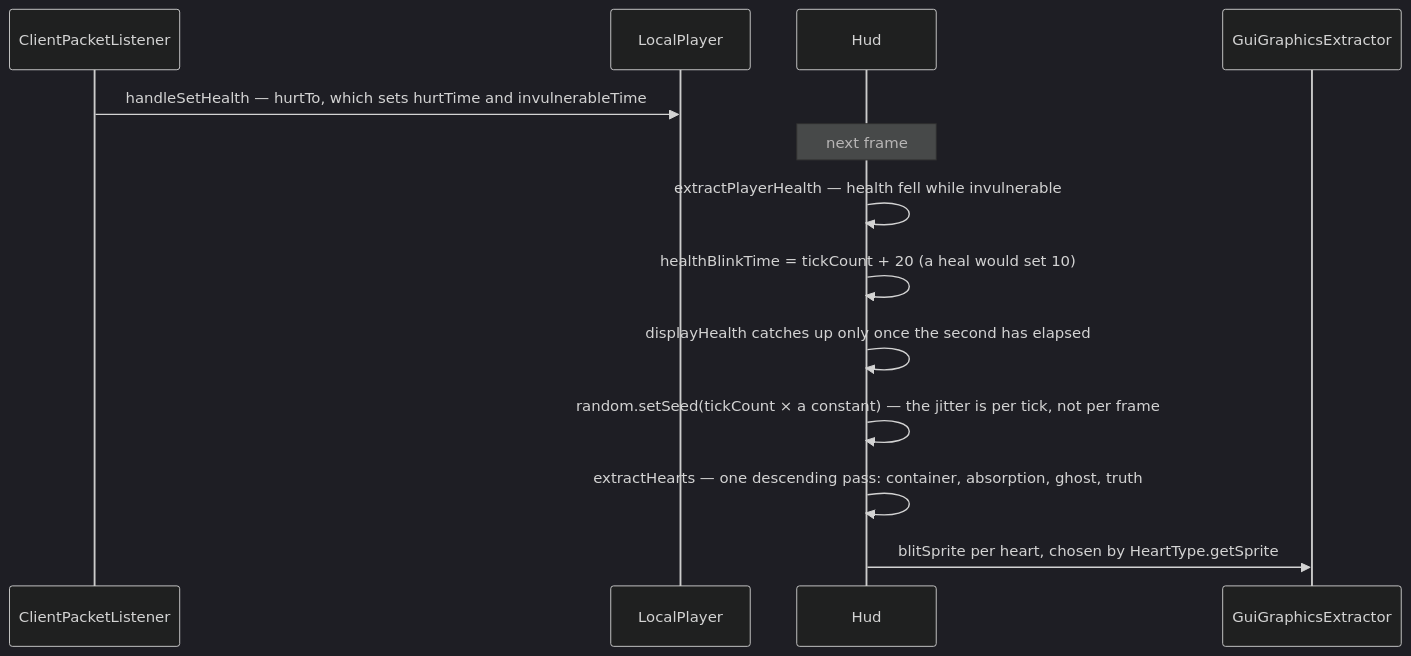
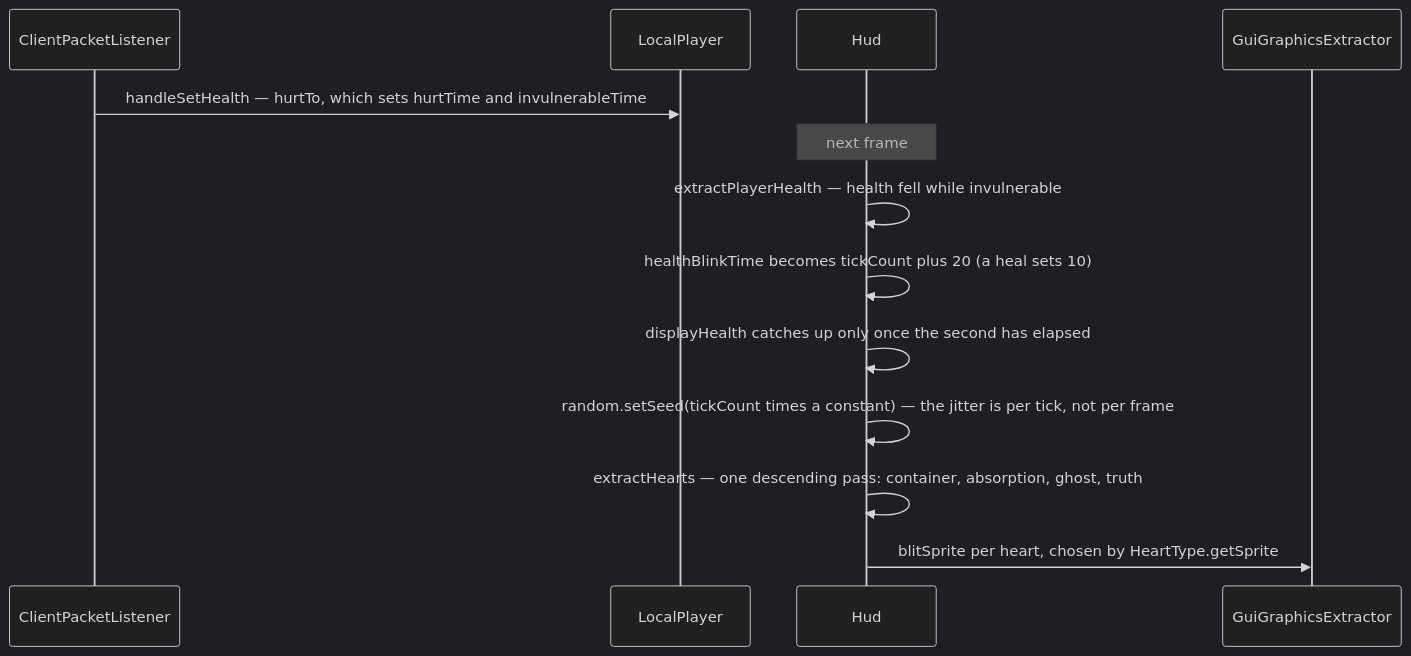
One commit to AlexanderjFraser/MinecraftDocs changed the second of 2 diagrams in src/systems/client/hud.md. Above: the diagram before and after it, drawn with Mermaid (dark theme). The commit also changed other lines of this file and 27 other files, not shown here.

````diff
--- a/src/systems/client/hud.md
+++ b/src/systems/client/hud.md
@@ -86,16 +94,16 @@
 ```mermaid
 sequenceDiagram
     participant CPL as ClientPacketListener
     participant LP as LocalPlayer
-    participant H as Hud
+    participant Hud as Hud
     participant GGE as GuiGraphicsExtractor
 
     CPL->>LP: handleSetHealth — hurtTo, which sets hurtTime and invulnerableTime
-    Note over H: next frame
-    H->>H: extractPlayerHealth — health fell while invulnerable
-    H->>H: healthBlinkTime = tickCount + 20 (a heal would set 10)
-    H->>H: displayHealth catches up only once the second has elapsed
-    H->>H: random.setSeed(tickCount × a constant) — the jitter is per tick, not per frame
-    H->>H: extractHearts — one descending pass: container, absorption, ghost, truth
-    H->>GGE: blitSprite per heart, chosen by HeartType.getSprite
+    Note over Hud: next frame
+    Hud->>Hud: extractPlayerHealth — health fell while invulnerable
+    Hud->>Hud: healthBlinkTime becomes tickCount plus 20 (a heal sets 10)
+    Hud->>Hud: displayHealth catches up only once the second has elapsed
+    Hud->>Hud: random.setSeed(tickCount times a constant) — the jitter is per tick, not per frame
+    Hud->>Hud: extractHearts — one descending pass: container, absorption, ghost, truth
+    Hud->>GGE: blitSprite per heart, chosen by HeartType.getSprite
 ```
````
